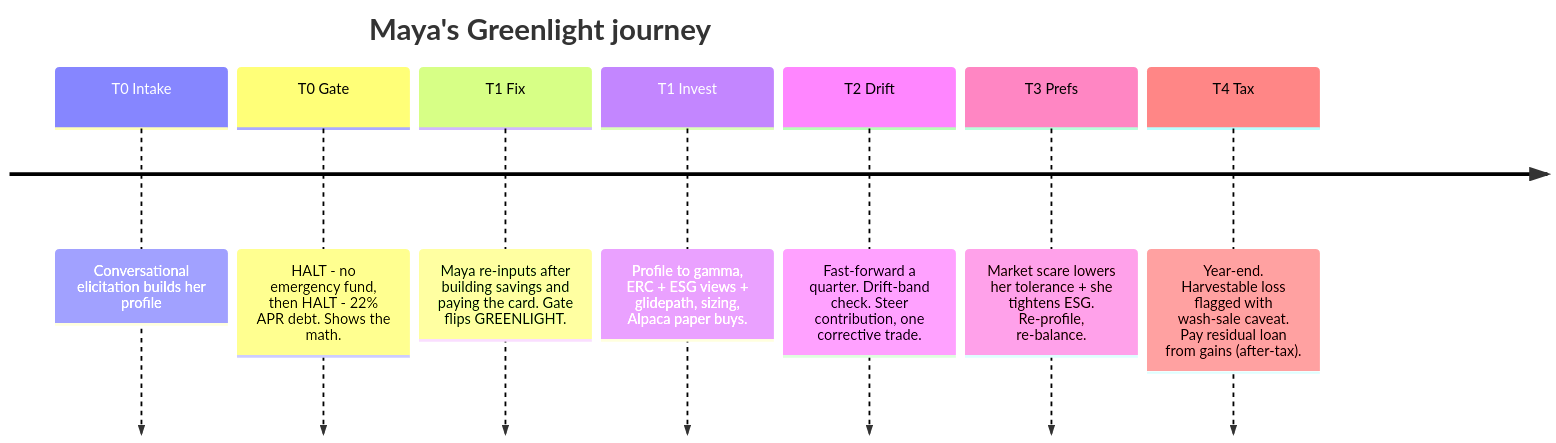
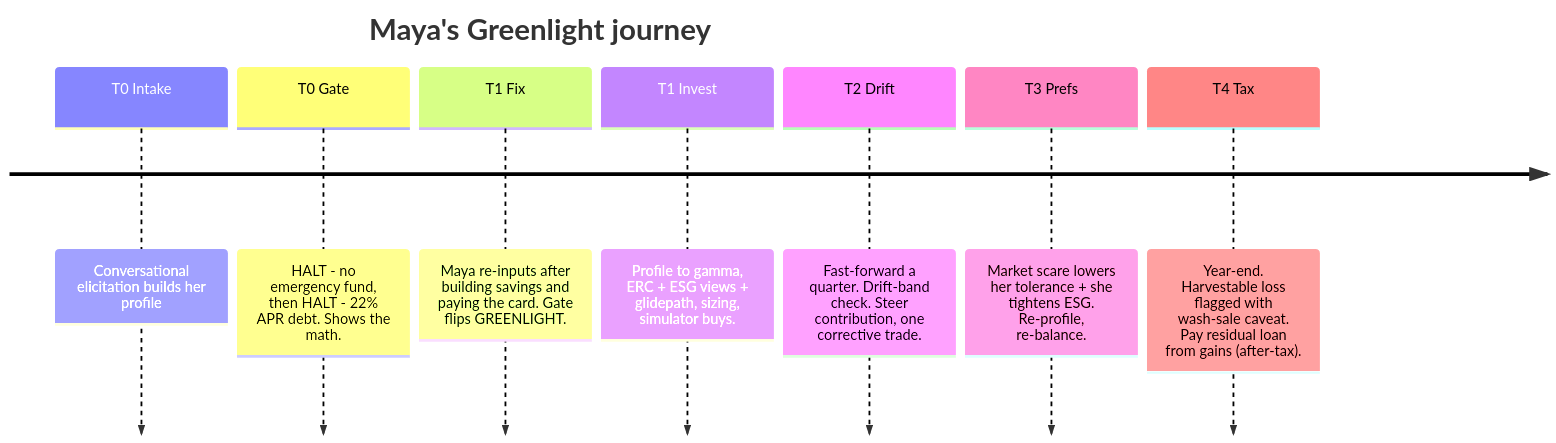
Before and after one commit to ereinha3/mallard-management: the first of 7 diagrams in docs/greenlight/03-dataflow-usecase.md, drawn with Mermaid. The commit also changed other lines of this file and 5 other files, not shown here.

Commit message:
Consolidation pass: fix 5 correctness bugs, make 05 the SSOT (constants + GammaBand + capacity spec + GateResult), re-sequence 06 around critical path + R&D spikes

````diff
--- a/docs/greenlight/03-dataflow-usecase.md
+++ b/docs/greenlight/03-dataflow-usecase.md
@@ -33,11 +33,11 @@
 ```mermaid
 timeline
     title Maya's Greenlight journey
     T0 Intake : Conversational elicitation builds her profile
     T0 Gate   : HALT - no emergency fund, then HALT - 22% APR debt. Shows the math.
     T1 Fix    : Maya re-inputs after building savings and paying the card. Gate flips GREENLIGHT.
-    T1 Invest : Profile to gamma, ERC + ESG views + glidepath, sizing, Alpaca paper buys.
+    T1 Invest : Profile to gamma, ERC + ESG views + glidepath, sizing, simulator buys.
     T2 Drift  : Fast-forward a quarter. Drift-band check. Steer contribution, one corrective trade.
     T3 Prefs  : Market scare lowers her tolerance + she tightens ESG. Re-profile, re-balance.
     T4 Tax    : Year-end. Harvestable loss flagged with wash-sale caveat. Pay residual loan from gains (after-tax).
 ```
````
